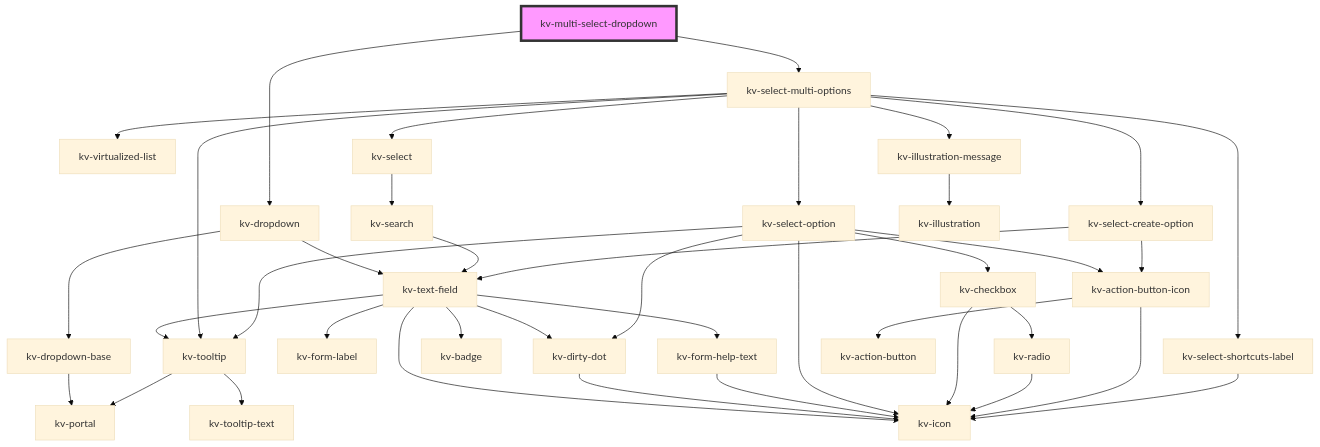
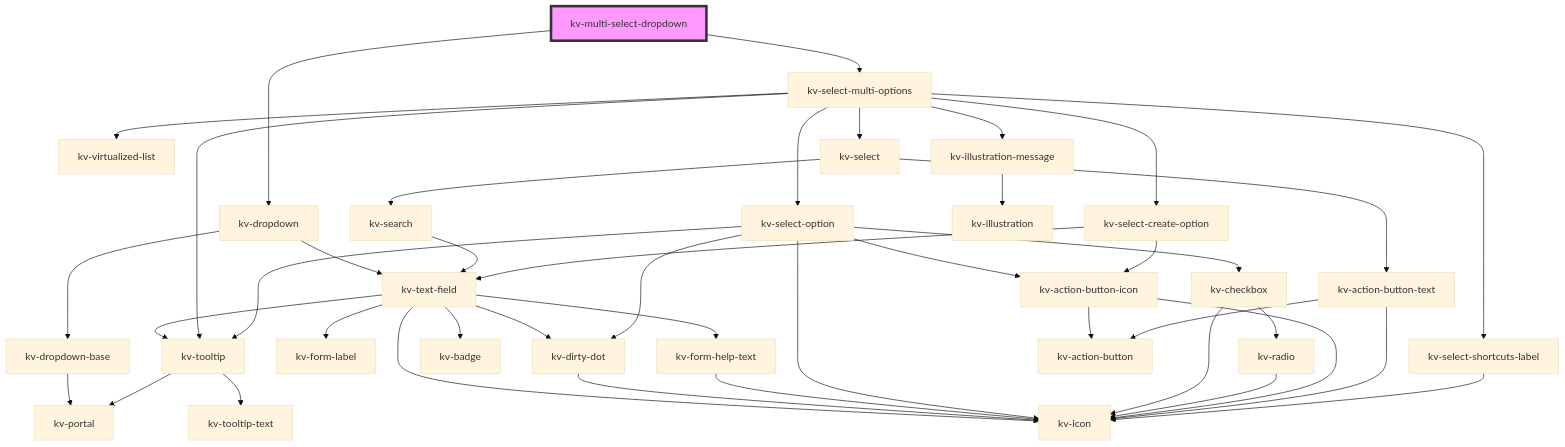
The diagram in packages/ui-components/src/components/multi-select-dropdown/readme.md (kelvininc/ui-components), drawn with Mermaid (base theme) before and after one commit. The commit also changed 21 other files, not shown here.

````diff
--- a/packages/ui-components/src/components/multi-select-dropdown/readme.md
+++ b/packages/ui-components/src/components/multi-select-dropdown/readme.md
@@ -120,42 +120,45 @@
 ```mermaid
 graph TD;
   kv-multi-select-dropdown --> kv-dropdown
   kv-multi-select-dropdown --> kv-select-multi-options
   kv-dropdown --> kv-dropdown-base
   kv-dropdown --> kv-text-field
   kv-dropdown-base --> kv-portal
   kv-text-field --> kv-tooltip
   kv-text-field --> kv-form-label
   kv-text-field --> kv-icon
   kv-text-field --> kv-dirty-dot
   kv-text-field --> kv-badge
   kv-text-field --> kv-form-help-text
   kv-tooltip --> kv-portal
   kv-tooltip --> kv-tooltip-text
   kv-dirty-dot --> kv-icon
   kv-form-help-text --> kv-icon
   kv-select-multi-options --> kv-virtualized-list
   kv-select-multi-options --> kv-select-option
   kv-select-multi-options --> kv-select
   kv-select-multi-options --> kv-tooltip
   kv-select-multi-options --> kv-illustration-message
   kv-select-multi-options --> kv-select-create-option
   kv-select-multi-options --> kv-select-shortcuts-label
   kv-select-option --> kv-checkbox
   kv-select-option --> kv-tooltip
   kv-select-option --> kv-icon
   kv-select-option --> kv-dirty-dot
   kv-select-option --> kv-action-button-icon
   kv-checkbox --> kv-radio
   kv-checkbox --> kv-icon
   kv-radio --> kv-icon
   kv-action-button-icon --> kv-action-button
   kv-action-button-icon --> kv-icon
   kv-select --> kv-search
+  kv-select --> kv-action-button-text
   kv-search --> kv-text-field
+  kv-action-button-text --> kv-action-button
+  kv-action-button-text --> kv-icon
   kv-illustration-message --> kv-illustration
   kv-select-create-option --> kv-text-field
   kv-select-create-option --> kv-action-button-icon
   kv-select-shortcuts-label --> kv-icon
   style kv-multi-select-dropdown fill:#f9f,stroke:#333,stroke-width:4px
 ```
````
